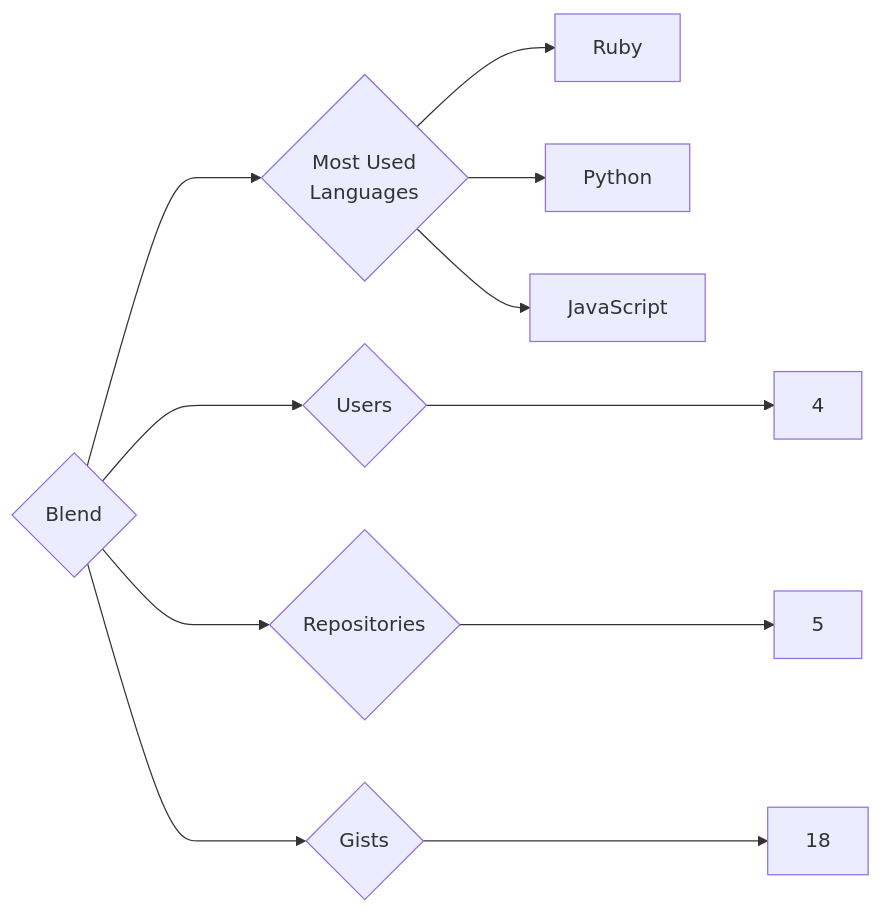
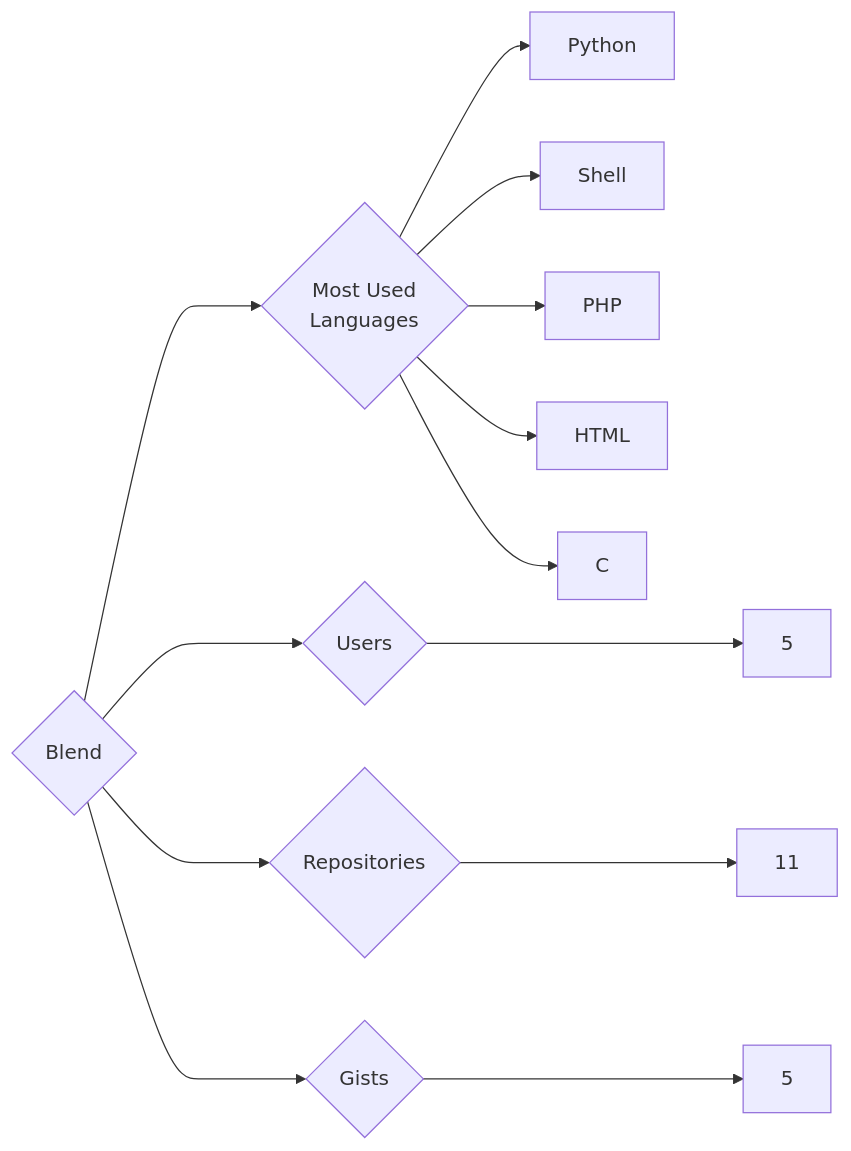
One commit to trickest/insiders changed the diagram in targets/Blend/README.md. Above: the diagram before and after it, drawn with Mermaid. The commit also changed 894 other files, not shown here.

````diff
--- a/targets/Blend/README.md
+++ b/targets/Blend/README.md
@@ -3,11 +3,13 @@
 ```mermaid
 graph LR
 COMPANY_NAME{Blend}
-COMPANY_NAME ---> U{Users} ---> UN[4]
-COMPANY_NAME ---> R{Repositories} ---> RN[5]
-COMPANY_NAME ---> G{Gists} ---> GN[18]
+COMPANY_NAME ---> U{Users} ---> UN[5]
+COMPANY_NAME ---> R{Repositories} ---> RN[11]
+COMPANY_NAME ---> G{Gists} ---> GN[5]
 COMPANY_NAME ---> ML{Most Used<br>Languages}
-ML --> Ruby[Ruby]
 ML --> Python[Python]
-ML --> JavaScript[JavaScript]
+ML --> Shell[Shell]
+ML --> PHP[PHP]
+ML --> HTML[HTML]
+ML --> C[C]
 ```
````
